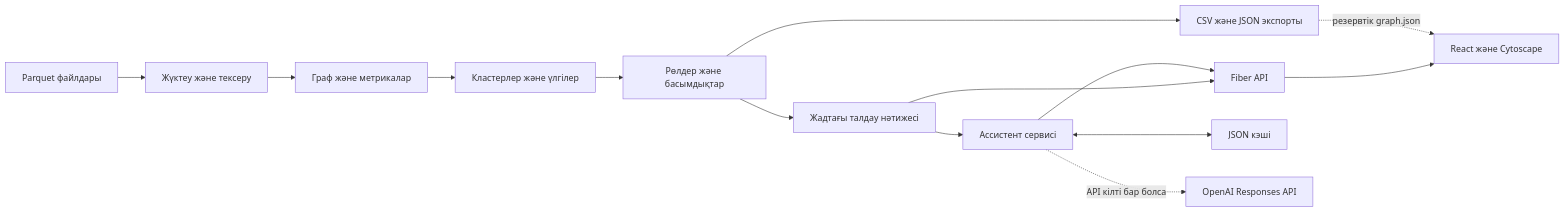
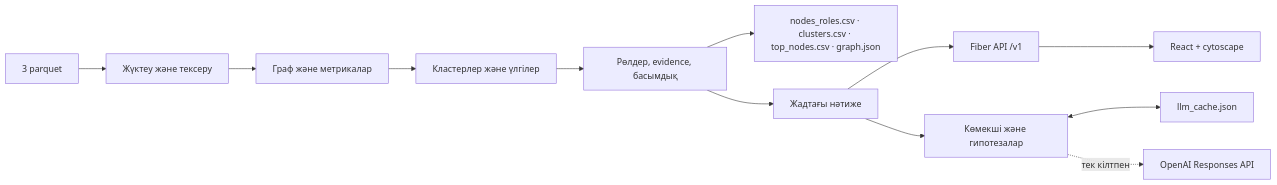
The diagram in README.kz.md (BAITC-Hacks/hack-bf176827-zzz-technology), drawn with Mermaid before and after one commit. The commit also changed other lines of this file and 7 other files, not shown here.

````diff
--- a/README.kz.md
+++ b/README.kz.md
@@ -86,16 +84,14 @@
 ```mermaid
 flowchart LR
-    D[Parquet файлдары] --> L[Жүктеу және тексеру]
+    D[3 parquet] --> L[Жүктеу және тексеру]
     L --> M[Граф және метрикалар]
     M --> C[Кластерлер және үлгілер]
-    C --> R[Рөлдер және басымдықтар]
-    R --> E[CSV және JSON экспорты]
-    R --> A[Жадтағы талдау нәтижесі]
-    A --> API[Fiber API]
-    API --> UI[React және Cytoscape]
-    E -.->|"резервтік graph.json"| UI
-    A --> S[Ассистент сервисі]
-    S <--> K[JSON кэші]
-    S -.->|"API кілті бар болса"| O[OpenAI Responses API]
-    S --> API
+    C --> R[Рөлдер, evidence, басымдық]
+    R --> E[nodes_roles.csv · clusters.csv · top_nodes.csv · graph.json]
+    R --> A[Жадтағы нәтиже]
+    A --> API[Fiber API /v1]
+    API --> UI[React + cytoscape]
+    A --> S[Көмекші және гипотезалар]
+    S <--> K[llm_cache.json]
+    S -. тек кілтпен .-> O[OpenAI Responses API]
 ```
````
